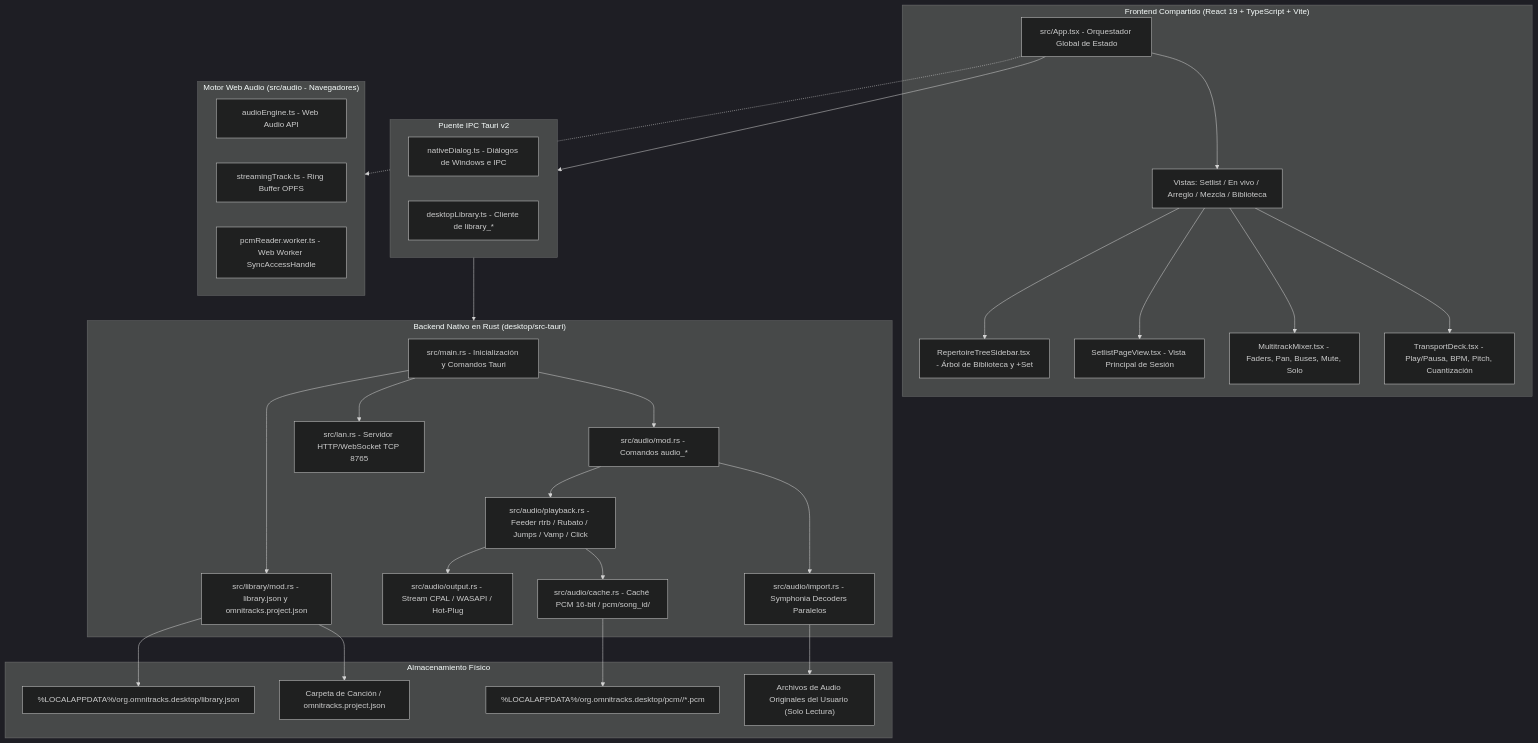
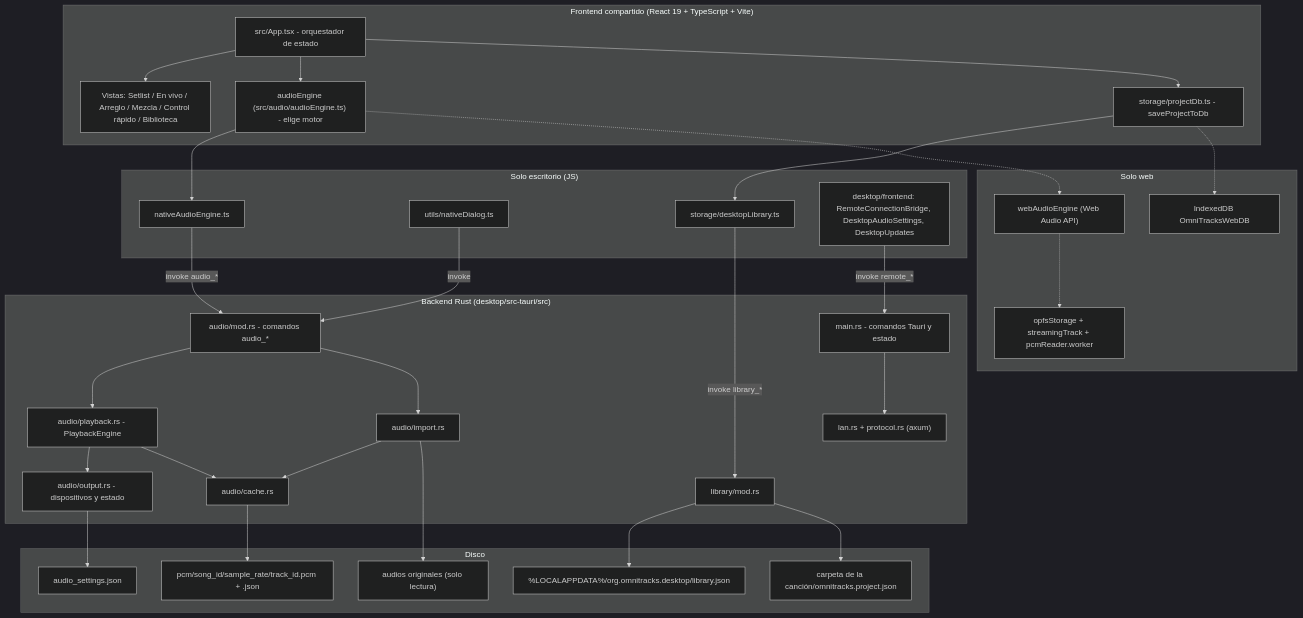
One commit to jnaguinix/multitrack-google changed the first of 2 diagrams in Manual.md. Above: the diagram before and after it, drawn with Mermaid (dark theme). The commit also changed other lines of this file and 3 other files, not shown here.

Commit message:
docs: upgrade de manuales - revisar y alinear instrucciones.md, Manual.md, desktop/README.md y MOTOR_NATIVO_DISENO.md con el codigo

````diff
--- a/Manual.md
+++ b/Manual.md
@@ -25,60 +35,65 @@
 ```mermaid
 graph TD
-    subgraph Frontend["Frontend Compartido (React 19 + TypeScript + Vite)"]
-        UI[Vistas: Setlist / En vivo / Arreglo / Mezcla / Biblioteca]
-        App[src/App.tsx - Orquestador Global de Estado]
-        Sidebar[RepertoireTreeSidebar.tsx - Árbol de Biblioteca y +Set]
-        SetlistPage[SetlistPageView.tsx - Vista Principal de Sesión]
-        Mixer[MultitrackMixer.tsx - Faders, Pan, Buses, Mute, Solo]
-        Transport[TransportDeck.tsx - Play/Pausa, BPM, Pitch, Cuantización]
+    subgraph Frontend["Frontend compartido (React 19 + TypeScript + Vite)"]
+        App["src/App.tsx - orquestador de estado"]
+        Views["Vistas: Setlist / En vivo / Arreglo / Mezcla / Control rápido / Biblioteca"]
+        Facade["audioEngine (src/audio/audioEngine.ts) - elige motor"]
+        ProjectDb["storage/projectDb.ts - saveProjectToDb"]
     end
 
-    subgraph DesktopIPC["Puente IPC Tauri v2"]
-        NativeDialog[nativeDialog.ts - Diálogos de Windows e IPC]
-        DesktopLib[desktopLibrary.ts - Cliente de library_*]
+    subgraph DesktopJS["Solo escritorio (JS)"]
+        NativeEngine["nativeAudioEngine.ts"]
+        NativeDialog["utils/nativeDialog.ts"]
+        DesktopLib["storage/desktopLibrary.ts"]
+        DesktopUI["desktop/frontend: RemoteConnectionBridge, DesktopAudioSettings, DesktopUpdates"]
     end
 
-    subgraph RustBackend["Backend Nativo en Rust (desktop/src-tauri)"]
-        TauriMain[src/main.rs - Inicialización y Comandos Tauri]
-        LibStore[src/library/mod.rs - library.json y omnitracks.project.json]
-        AudioMod[src/audio/mod.rs - Comandos audio_*]
-        AudioOutput[src/audio/output.rs - Stream CPAL / WASAPI / Hot-Plug]
-        AudioPlayback[src/audio/playback.rs - Feeder rtrb / Rubato / Jumps / Vamp / Click]
-        AudioCache[src/audio/cache.rs - Caché PCM 16-bit / pcm/song_id/]
-        AudioImport[src/audio/import.rs - Symphonia Decoders Paralelos]
-        LanServer[src/lan.rs - Servidor HTTP/WebSocket TCP 8765]
+    subgraph WebOnly["Solo web"]
+        WebEngine["webAudioEngine (Web Audio API)"]
+        Opfs["opfsStorage + streamingTrack + pcmReader.worker"]
+        IDB["IndexedDB OmniTracksWebDB"]
     end
 
-    subgraph WebEngine["Motor Web Audio (src/audio - Navegadores)"]
-        WebAudioEngine[audioEngine.ts - Web Audio API]
-        StreamingTrack[streamingTrack.ts - Ring Buffer OPFS]
-        PcmWorker[pcmReader.worker.ts - Web Worker SyncAccessHandle]
+    subgraph Rust["Backend Rust (desktop/src-tauri/src)"]
+        Main["main.rs - comandos Tauri y estado"]
+        Lib["library/mod.rs"]
+        AudioMod["audio/mod.rs - comandos audio_*"]
+        Playback["audio/playback.rs - PlaybackEngine"]
+        Output["audio/output.rs - dispositivos y estado"]
+        Cache["audio/cache.rs"]
+        Import["audio/import.rs"]
+        Lan["lan.rs + protocol.rs (axum)"]
     end
 
-    subgraph Storage["Almacenamiento Físico"]
+    subgraph Disk["Disco"]
         LibJson["%LOCALAPPDATA%/org.omnitracks.desktop/library.json"]
-        SidecarJson["Carpeta de Canción / omnitracks.project.json"]
-        PcmCache["%LOCALAPPDATA%/org.omnitracks.desktop/pcm/<id>/*.pcm"]
-        UserAudio["Archivos de Audio Originales del Usuario (Solo Lectura)"]
+        Settings["audio_settings.json"]
+        Pcm["pcm/song_id/sample_rate/track_id.pcm + .json"]
+        Sidecar["carpeta de la canción/omnitracks.project.json"]
+        UserAudio["audios originales (solo lectura)"]
     end
 
-    App --> UI
-    UI --> Sidebar
-    UI --> SetlistPage
-    UI --> Mixer
-    UI --> Transport
-    App --> DesktopIPC
-    DesktopIPC --> RustBackend
-    TauriMain --> LibStore
-    TauriMain --> AudioMod
-    AudioMod --> AudioPlayback
-    AudioPlayback --> AudioOutput
-    AudioPlayback --> AudioCache
-    AudioMod --> AudioImport
-    LibStore --> LibJson
-    LibStore --> SidecarJson
-    AudioCache --> PcmCache
-    AudioImport --> UserAudio
-    TauriMain --> LanServer
-    App -.-> WebEngine
+    App --> Views
+    App --> Facade
+    App --> ProjectDb
+    Facade --> NativeEngine
+    Facade -.-> WebEngine
+    ProjectDb --> DesktopLib
+    ProjectDb -.-> IDB
+    WebEngine -.-> Opfs
+    NativeEngine -->|invoke audio_*| AudioMod
+    NativeDialog -->|invoke| AudioMod
+    DesktopLib -->|invoke library_*| Lib
+    DesktopUI -->|invoke remote_*| Main
+    Main --> Lan
+    AudioMod --> Playback
+    AudioMod --> Import
+    Playback --> Output
+    Playback --> Cache
+    Import --> Cache
+    Import --> UserAudio
+    Cache --> Pcm
+    Lib --> LibJson
+    Lib --> Sidecar
+    Output --> Settings
 ```
````
